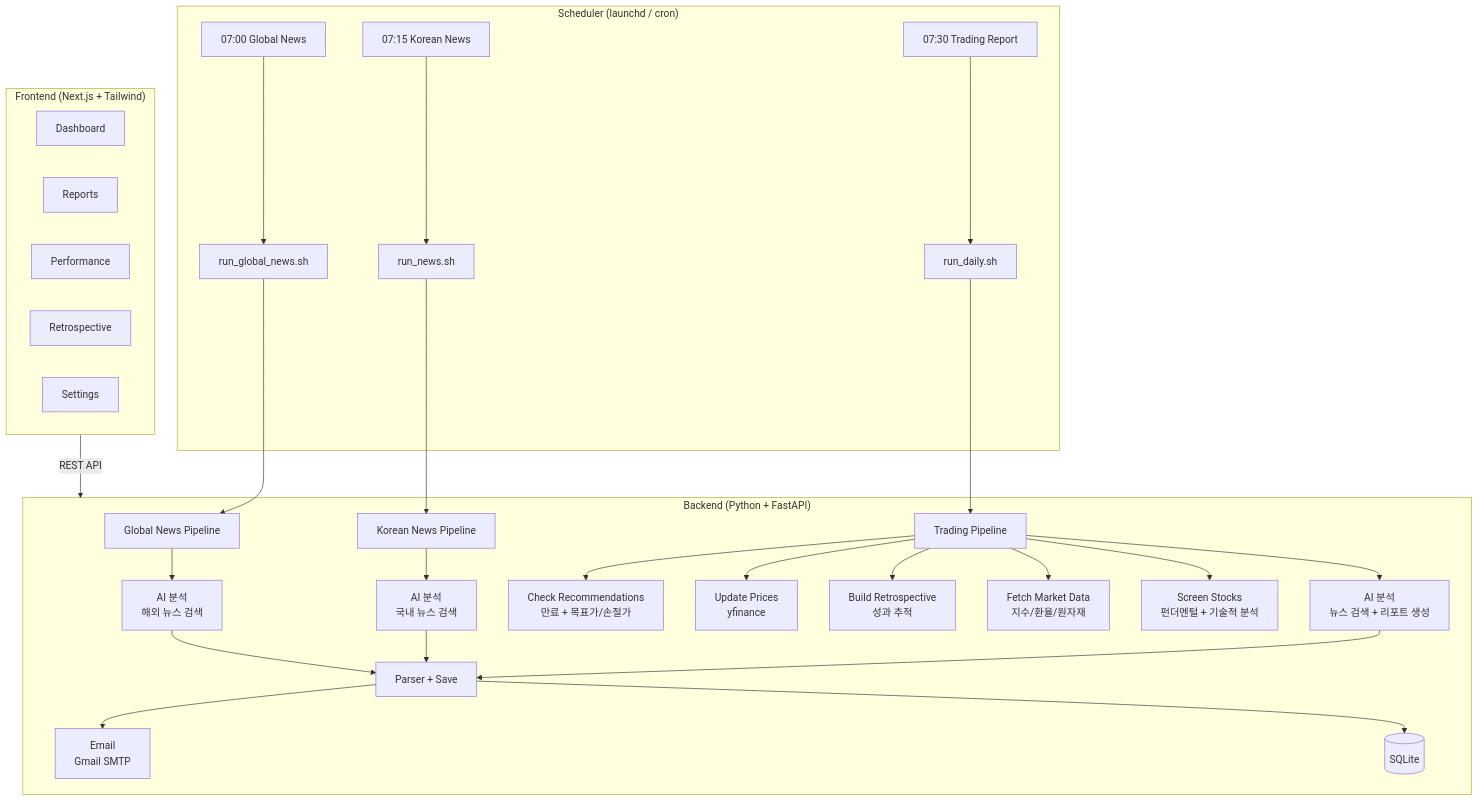
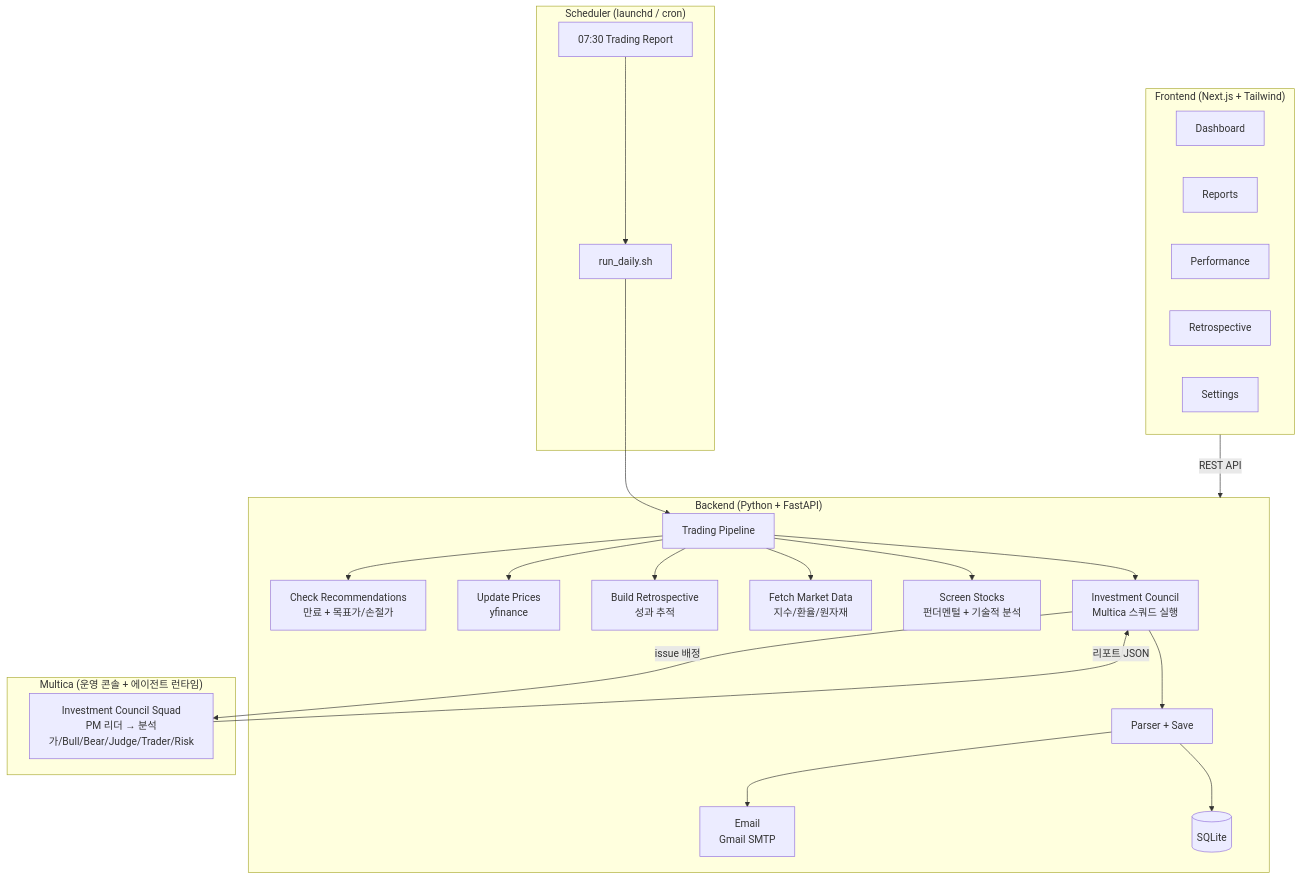
The diagram in README.md (baba9811/daily-news-report), drawn with Mermaid before and after one commit. The commit also changed other lines of this file and 10 other files, not shown here.

First line of the commit message:
refactor(report): remove news briefings; CouncilReportProvider + report-only system

````diff
--- a/README.md
+++ b/README.md
@@ -327,40 +289,37 @@
 ```mermaid
 graph TB
     subgraph Scheduler["Scheduler (launchd / cron)"]
-        S1[07:00 Global News] --> R1[run_global_news.sh]
-        S2[07:15 Korean News] --> R2[run_news.sh]
         S3[07:30 Trading Report] --> R3[run_daily.sh]
     end
 
     subgraph Backend["Backend (Python + FastAPI)"]
-        R1 --> GN[Global News Pipeline]
-        R2 --> KN[Korean News Pipeline]
         R3 --> O[Trading Pipeline]
-
-        GN --> C1[AI 분석<br/>해외 뉴스 검색]
-        KN --> C2[AI 분석<br/>국내 뉴스 검색]
 
         O --> CK[Check Recommendations<br/>만료 + 목표가/손절가]
         O --> UP[Update Prices<br/>yfinance]
         O --> RT[Build Retrospective<br/>성과 추적]
         O --> MD[Fetch Market Data<br/>지수/환율/원자재]
         O --> SC[Screen Stocks<br/>펀더멘털 + 기술적 분석]
-        O --> C3[AI 분석<br/>뉴스 검색 + 리포트 생성]
+        O --> C3[Investment Council<br/>Multica 스쿼드 실행]
 
-        C1 --> PR[Parser + Save]
-        C2 --> PR
-        C3 --> PR
+        C3 --> PR[Parser + Save]
         PR --> E[Email<br/>Gmail SMTP]
         PR --> DB[(SQLite)]
+    end
+
+    subgraph Multica["Multica (운영 콘솔 + 에이전트 런타임)"]
+        SQ[Investment Council Squad<br/>PM 리더 → 분석가/Bull/Bear/Judge/Trader/Risk]
     end
 
     subgraph Frontend["Frontend (Next.js + Tailwind)"]
         D[Dashboard]
         RP[Reports]
         PF[Performance]
         RS[Retrospective]
         ST[Settings]
     end
 
+    C3 -->|issue 배정| SQ
+    SQ -->|리포트 JSON| C3
     Frontend -->|REST API| Backend
 ```
````
